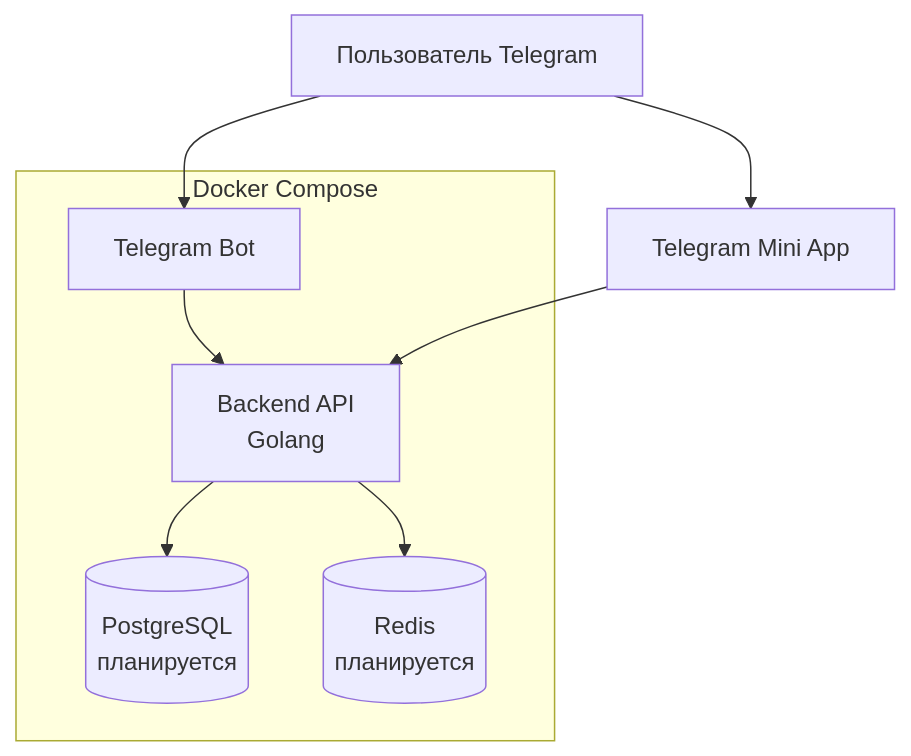
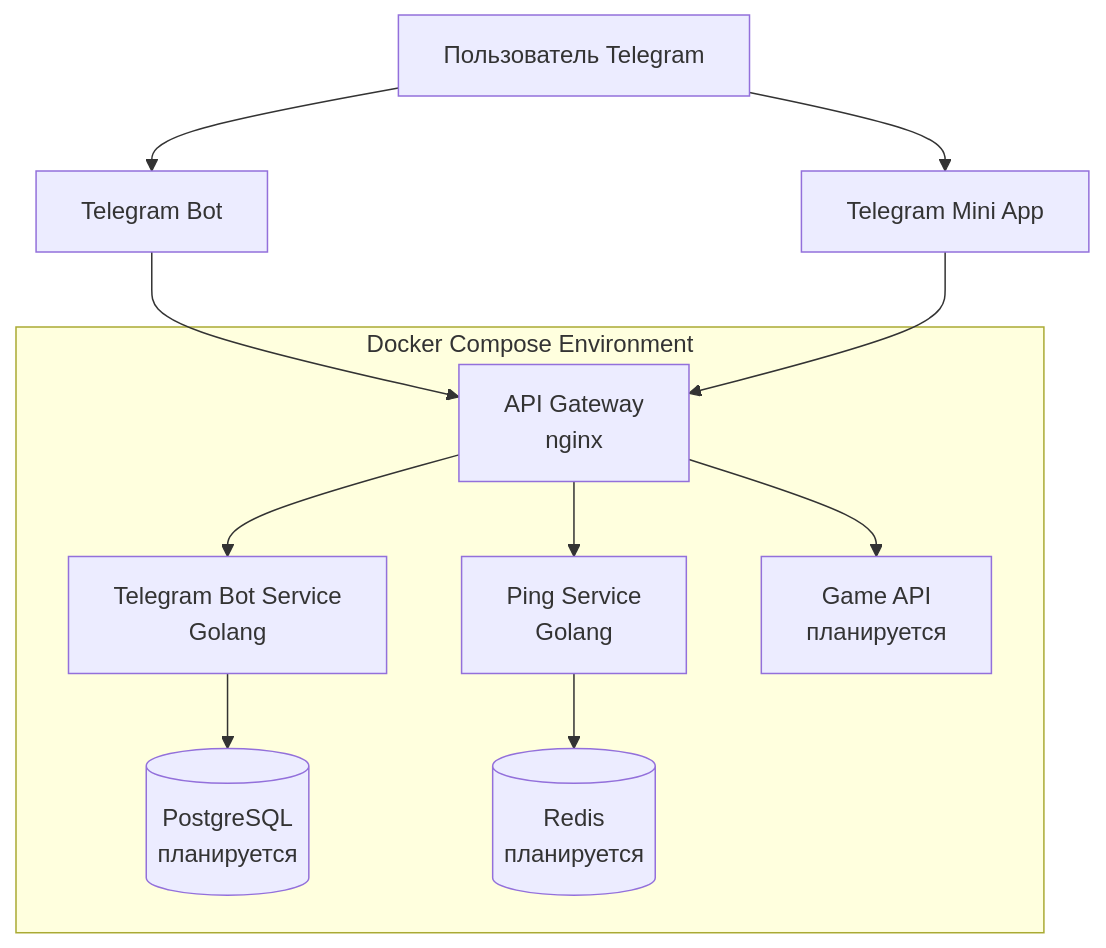
The first of 3 diagrams in docs/architecture/architecture.md (dpetrakov/shard_legends), drawn with Mermaid before and after one commit. The commit also changed other lines of this file and 5 other files, not shown here.

First line of the commit message:
feat: добавить API Gateway и обновить конфигурацию микросервисов

````diff
--- a/docs/architecture/architecture.md
+++ b/docs/architecture/architecture.md
@@ -28,16 +28,21 @@
 ```mermaid
 graph TB
     User[Пользователь Telegram] --> Bot[Telegram Bot]
     User --> TMA[Telegram Mini App]
-    Bot --> API[Backend API<br/>Golang]
-    TMA --> API
-    API --> DB[(PostgreSQL<br/>планируется)]
-    API --> Cache[(Redis<br/>планируется)]
+    Bot --> Gateway[API Gateway<br/>nginx]
+    TMA --> Gateway
+    Gateway --> BotService[Telegram Bot Service<br/>Golang]
+    Gateway --> PingService[Ping Service<br/>Golang]
+    Gateway --> GameAPI[Game API<br/>планируется]
+    BotService --> DB[(PostgreSQL<br/>планируется)]
+    PingService --> Cache[(Redis<br/>планируется)]
     
-    subgraph "Docker Compose"
-        Bot
-        API
+    subgraph "Docker Compose Environment"
+        Gateway
+        BotService
+        PingService
+        GameAPI
         DB
         Cache
     end
 ```
````
